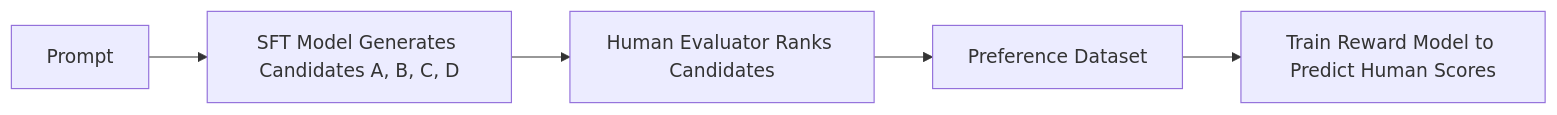
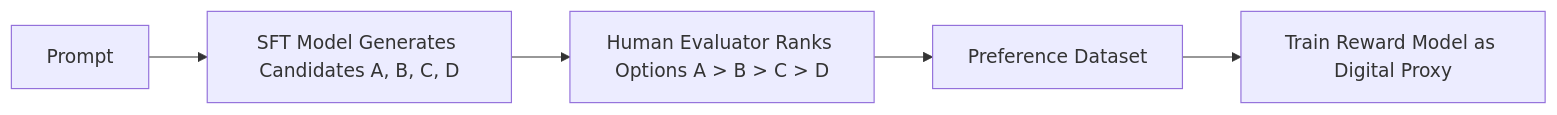
One commit to Nishant8826/theory-leaning changed the second of 3 diagrams in Nameste-AI/Season_01/07_From_a_Base_Model_to_an_AI_Assistant.md. Above: the diagram before and after it, drawn with Mermaid. The commit also changed other lines of this file and 8 other files, not shown here.

````diff
--- a/Nameste-AI/Season_01/07_From_a_Base_Model_to_an_AI_Assistant.md
+++ b/Nameste-AI/Season_01/07_From_a_Base_Model_to_an_AI_Assistant.md
@@ -211,7 +225,7 @@
 ```mermaid
 flowchart LR
     A[Prompt] --> B[SFT Model Generates Candidates A, B, C, D]
-    B --> C[Human Evaluator Ranks Candidates]
+    B --> C[Human Evaluator Ranks Options A > B > C > D]
     C --> D[Preference Dataset]
-    D --> E[Train Reward Model to Predict Human Scores]
+    D --> E[Train Reward Model as Digital Proxy]
 ```
````
